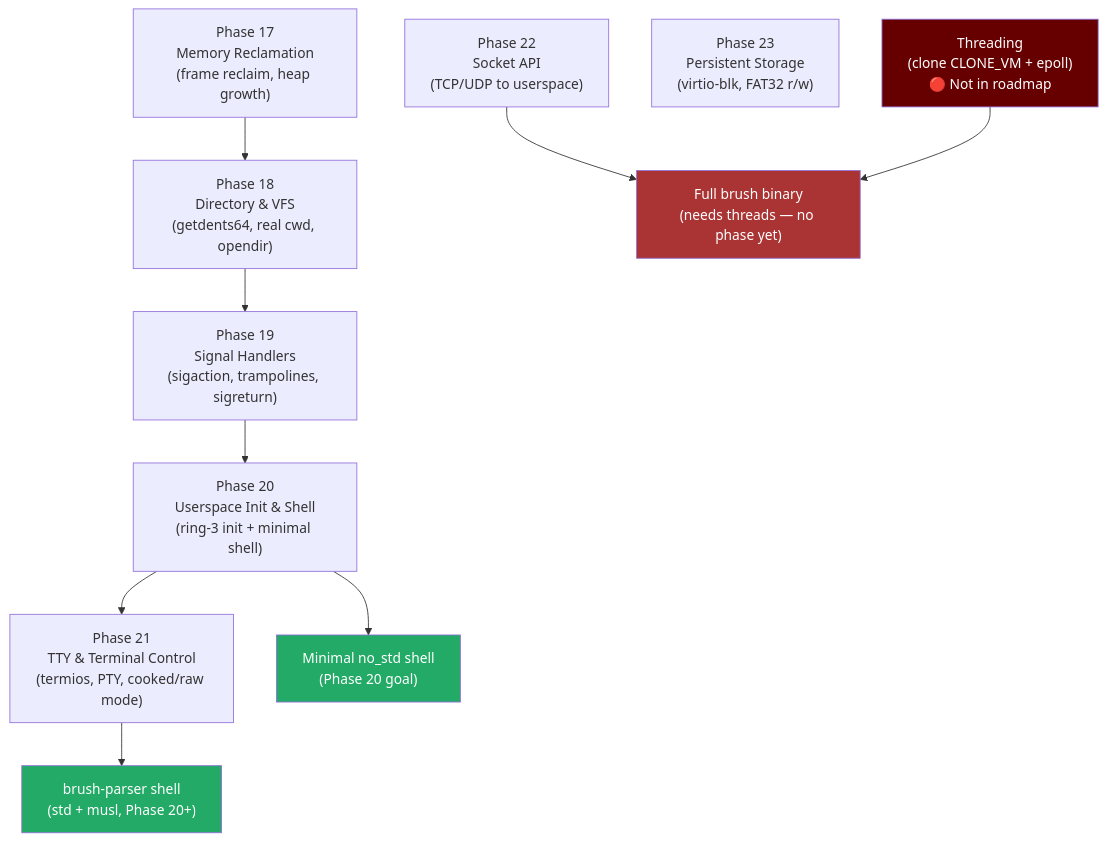
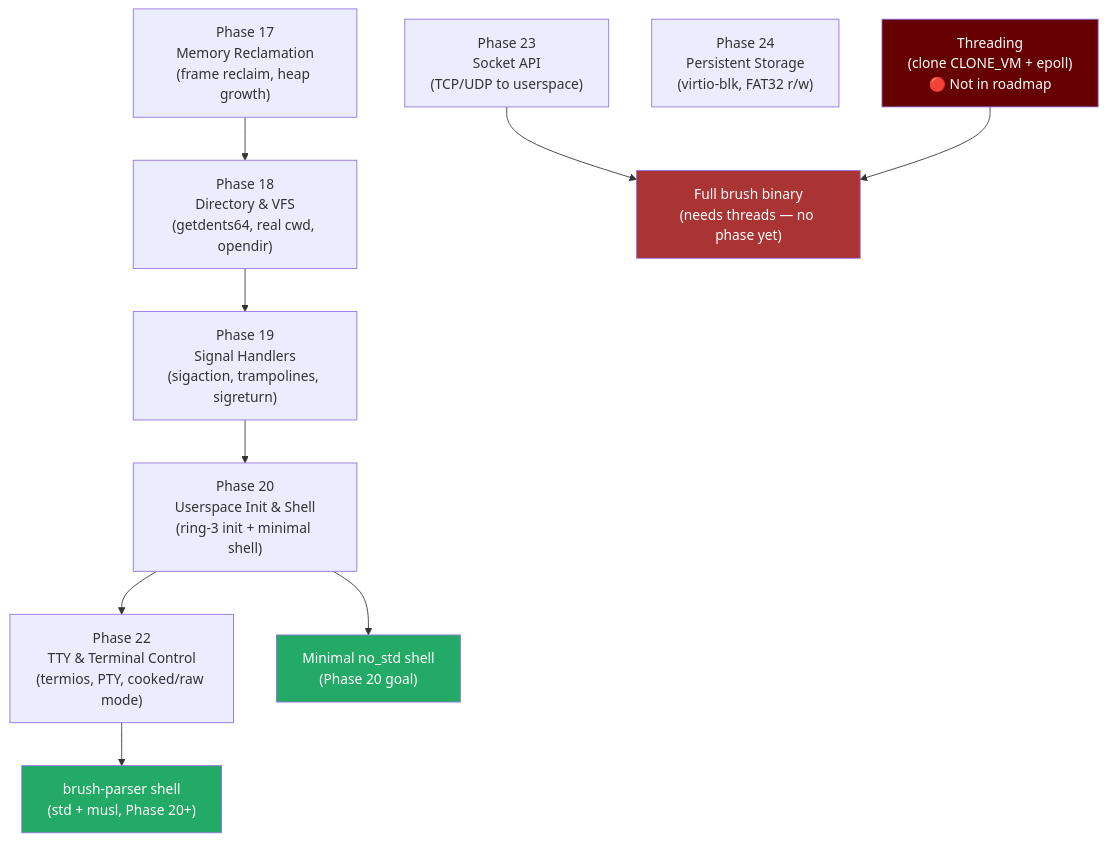
The third of 4 diagrams in docs/shell/brush-integration-analysis.md (mikecubed/m3OS), drawn with Mermaid before and after one commit. The commit also changed other lines of this file and 14 other files, not shown here.

````diff
--- a/docs/shell/brush-integration-analysis.md
+++ b/docs/shell/brush-integration-analysis.md
@@ -149,26 +149,26 @@
 ```mermaid
 flowchart TD
     p17["Phase 17\nMemory Reclamation\n(frame reclaim, heap growth)"]
     p18["Phase 18\nDirectory & VFS\n(getdents64, real cwd, opendir)"]
     p19["Phase 19\nSignal Handlers\n(sigaction, trampolines, sigreturn)"]
     p20["Phase 20\nUserspace Init & Shell\n(ring-3 init + minimal shell)"]
-    p21["Phase 21\nTTY & Terminal Control\n(termios, PTY, cooked/raw mode)"]
-    p22["Phase 22\nSocket API\n(TCP/UDP to userspace)"]
-    p23["Phase 23\nPersistent Storage\n(virtio-blk, FAT32 r/w)"]
+    p21["Phase 22\nTTY & Terminal Control\n(termios, PTY, cooked/raw mode)"]
+    p22["Phase 23\nSocket API\n(TCP/UDP to userspace)"]
+    p23["Phase 24\nPersistent Storage\n(virtio-blk, FAT32 r/w)"]
 
     p17 --> p18 --> p19 --> p20 --> p21
 
     minShell["Minimal no_std shell\n(Phase 20 goal)"]
     brushParser["brush-parser shell\n(std + musl, Phase 20+)"]
     fullBrush["Full brush binary\n(needs threads — no phase yet)"]
 
     p20 --> minShell
     p21 --> brushParser
     p22 --> fullBrush
     threads["Threading\n(clone CLONE_VM + epoll)\n🔴 Not in roadmap"] --> fullBrush
 
     style minShell fill:#2a6,color:#fff
     style brushParser fill:#2a6,color:#fff
     style fullBrush fill:#a33,color:#fff
     style threads fill:#600,color:#fff
 ```
````
